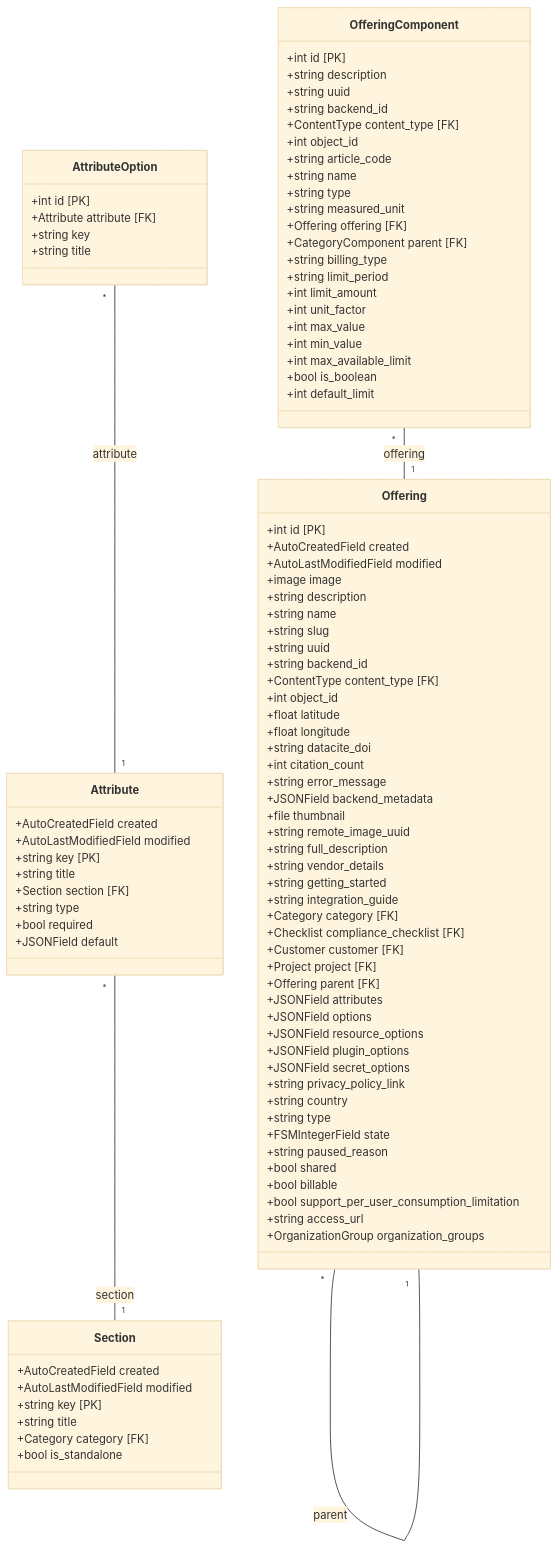
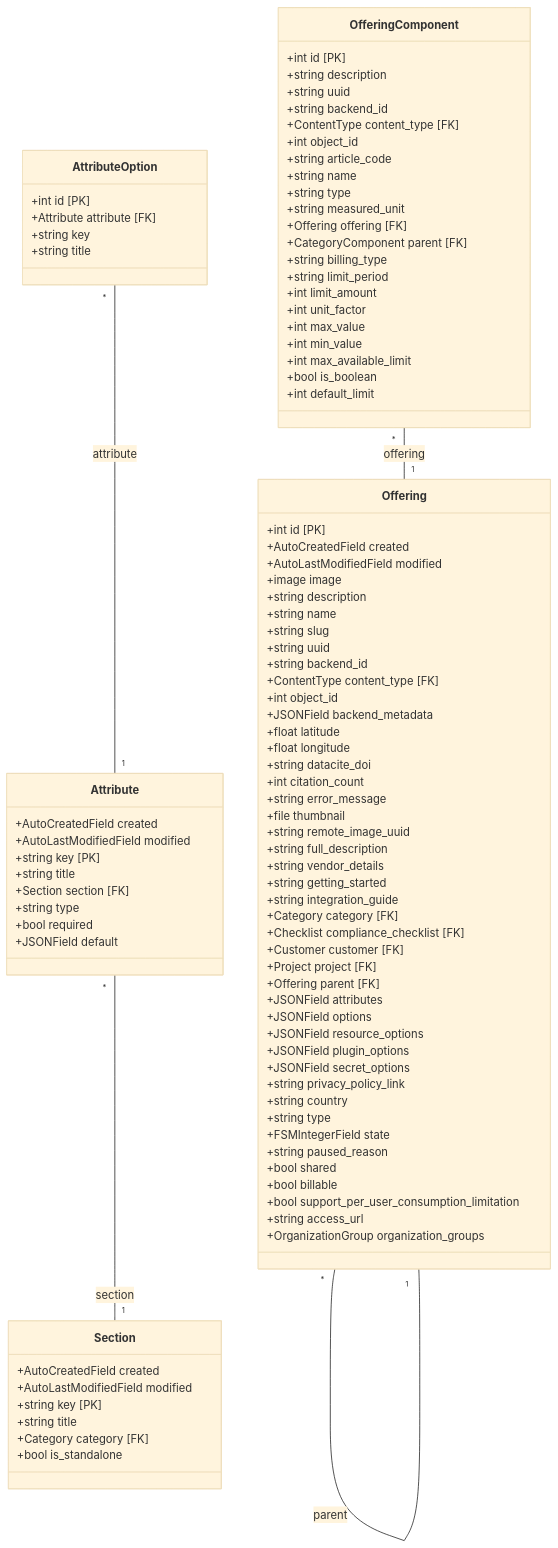
The diagram in docs/developer-guide/marketplace_catalog.mmd (waldur/waldur-docs), drawn with Mermaid (base theme) before and after one commit. The commit also changed other lines of this file, not shown here.

```diff
--- a/docs/developer-guide/marketplace_catalog.mmd
+++ b/docs/developer-guide/marketplace_catalog.mmd
@@ -1,98 +1,98 @@
 classDiagram
     direction TB
     class Section {
         +AutoCreatedField created
         +AutoLastModifiedField modified
         +string key [PK]
         +string title
         +Category category [FK]
         +bool is_standalone
     }
     class Attribute {
         +AutoCreatedField created
         +AutoLastModifiedField modified
         +string key [PK]
         +string title
         +Section section [FK]
         +string type
         +bool required
         +JSONField default
     }
     class AttributeOption {
         +int id [PK]
         +Attribute attribute [FK]
         +string key
         +string title
     }
     class Offering {
         +int id [PK]
         +AutoCreatedField created
         +AutoLastModifiedField modified
         +image image
         +string description
         +string name
         +string slug
         +string uuid
         +string backend_id
         +ContentType content_type [FK]
         +int object_id
+        +JSONField backend_metadata
         +float latitude
         +float longitude
         +string datacite_doi
         +int citation_count
         +string error_message
-        +JSONField backend_metadata
         +file thumbnail
         +string remote_image_uuid
         +string full_description
         +string vendor_details
         +string getting_started
         +string integration_guide
         +Category category [FK]
         +Checklist compliance_checklist [FK]
         +Customer customer [FK]
         +Project project [FK]
         +Offering parent [FK]
         +JSONField attributes
         +JSONField options
         +JSONField resource_options
         +JSONField plugin_options
         +JSONField secret_options
         +string privacy_policy_link
         +string country
         +string type
         +FSMIntegerField state
         +string paused_reason
         +bool shared
         +bool billable
         +bool support_per_user_consumption_limitation
         +string access_url
         +OrganizationGroup organization_groups
     }
     class OfferingComponent {
         +int id [PK]
         +string description
         +string uuid
         +string backend_id
         +ContentType content_type [FK]
         +int object_id
         +string article_code
         +string name
         +string type
         +string measured_unit
         +Offering offering [FK]
         +CategoryComponent parent [FK]
         +string billing_type
         +string limit_period
         +int limit_amount
         +int unit_factor
         +int max_value
         +int min_value
         +int max_available_limit
         +bool is_boolean
         +int default_limit
     }
     Attribute "*" -- "1" Section : section
     AttributeOption "*" -- "1" Attribute : attribute
     Offering "*" -- "1" Offering : parent
     OfferingComponent "*" -- "1" Offering : offering
```
